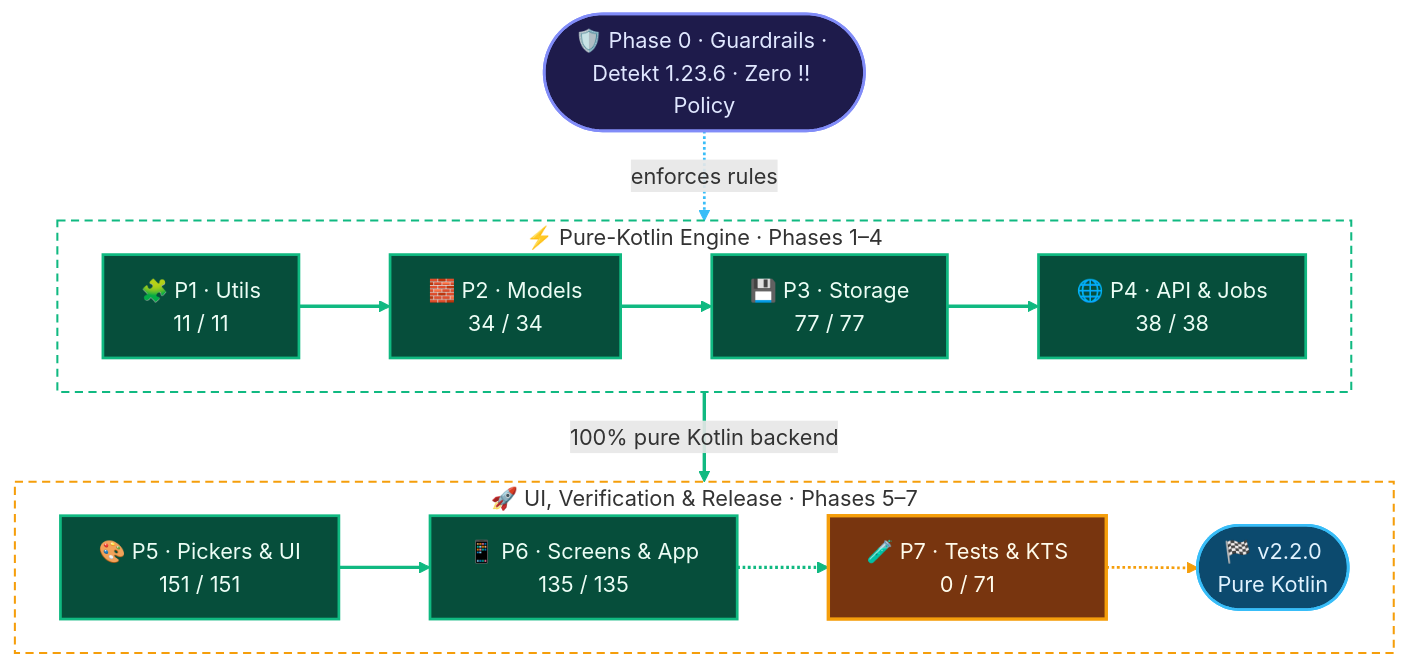
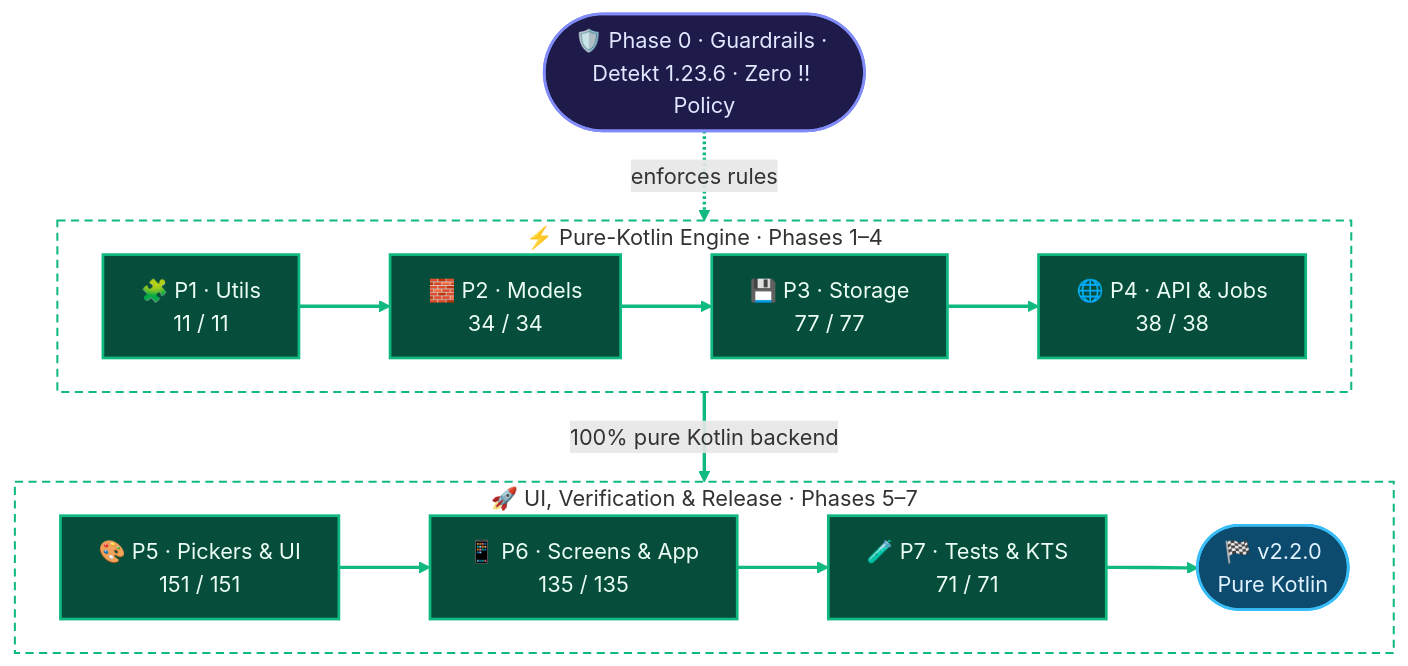
Before and after one commit to solomonrajan/cashledger: the first of 2 diagrams in KOTLIN_MIGRATION.mdx, drawn with Mermaid. The commit also changed other lines of this file and 159 other files, not shown here.

````diff
--- a/KOTLIN_MIGRATION.mdx
+++ b/KOTLIN_MIGRATION.mdx
@@ -61,32 +62,29 @@
 ```mermaid
 %%{init: {"flowchart": {"curve": "basis", "nodeSpacing": 30, "rankSpacing": 42, "padding": 14}}}%%
 flowchart TB
     classDef gate fill:#1E1B4B,stroke:#818CF8,stroke-width:2px,color:#E0E7FF
     classDef complete fill:#064E3B,stroke:#10B981,stroke-width:2px,color:#ECFDF5
     classDef inprog fill:#78350F,stroke:#F59E0B,stroke-width:2.5px,color:#FFFBEB
     classDef pending fill:#0F172A,stroke:#64748B,stroke-width:1.5px,color:#CBD5E1
     classDef release fill:#0C4A6E,stroke:#38BDF8,stroke-width:2px,color:#E0F2FE
 
     P0(["🛡️ Phase 0 · Guardrails · Detekt 1.23.6 · Zero !! Policy"]):::gate
 
     subgraph CORE["⚡ Pure-Kotlin Engine · Phases 1–4"]
         direction LR
         P1["🧩 P1 · Utils<br/>11 / 11"]:::complete ==> P2["🧱 P2 · Models<br/>34 / 34"]:::complete ==> P3["💾 P3 · Storage<br/>77 / 77"]:::complete ==> P4["🌐 P4 · API & Jobs<br/>38 / 38"]:::complete
     end
 
     subgraph APP["🚀 UI, Verification & Release · Phases 5–7"]
         direction LR
-        P5["🎨 P5 · Pickers & UI<br/>151 / 151"]:::complete ==> P6["📱 P6 · Screens & App<br/>135 / 135"]:::complete -.-> P7["🧪 P7 · Tests & KTS<br/>0 / 71"]:::inprog -.-> TARGET(["🏁 v2.2.0<br/>Pure Kotlin"]):::release
+        P5["🎨 P5 · Pickers & UI<br/>151 / 151"]:::complete ==> P6["📱 P6 · Screens & App<br/>135 / 135"]:::complete ==> P7["🧪 P7 · Tests & KTS<br/>71 / 71"]:::complete ==> TARGET(["🏁 v2.2.0<br/>Pure Kotlin"]):::release
     end
 
     P0 -. enforces rules .-> CORE
     CORE ==>|100% pure Kotlin backend| APP
 
     style CORE fill:none,stroke:#10B981,stroke-width:1.5px,stroke-dasharray:6 4
-    style APP fill:none,stroke:#F59E0B,stroke-width:1.5px,stroke-dasharray:6 4
+    style APP fill:none,stroke:#10B981,stroke-width:1.5px,stroke-dasharray:6 4
 
-    linkStyle 0,1,2,3,7 stroke:#10B981,stroke-width:2.5px
-    linkStyle 4 stroke:#10B981,stroke-width:2.5px
-    linkStyle 5 stroke:#F59E0B,stroke-width:2px
-    linkStyle 6 stroke:#38BDF8,stroke-width:2px
+    linkStyle 0,1,2,3,4,5,6,7 stroke:#10B981,stroke-width:2.5px
 ```
````
